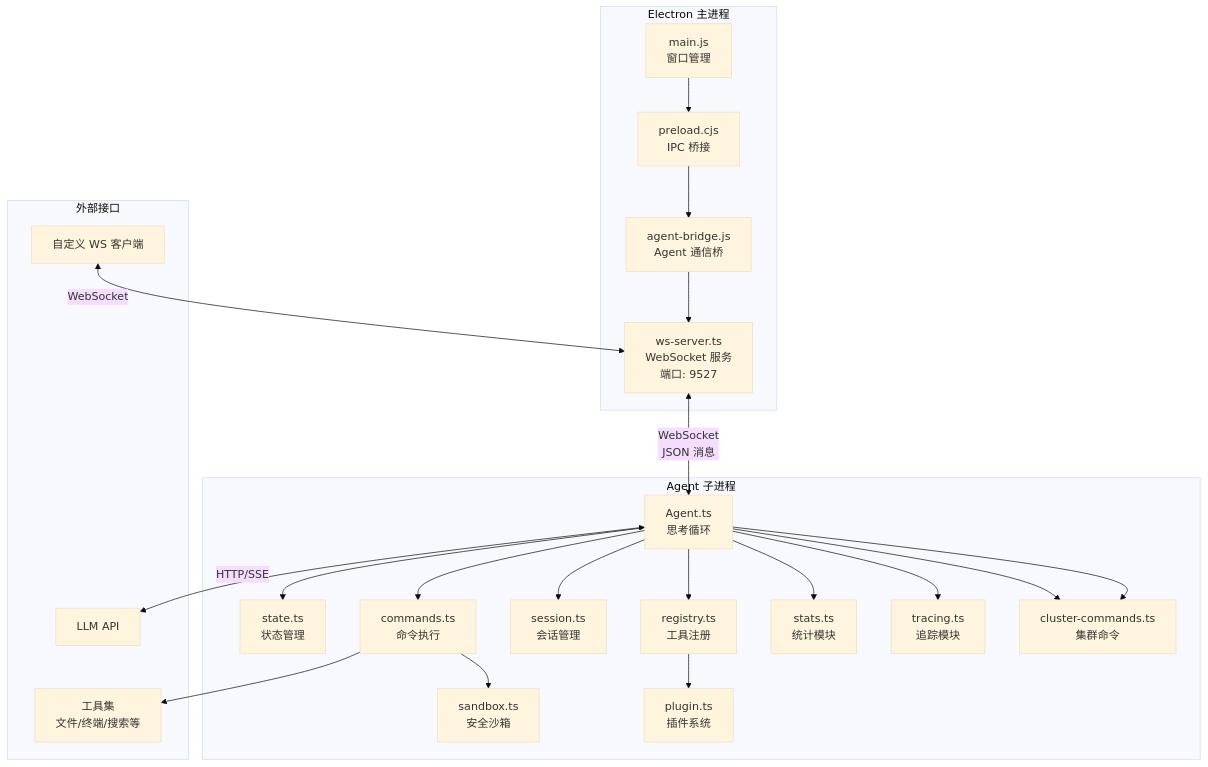
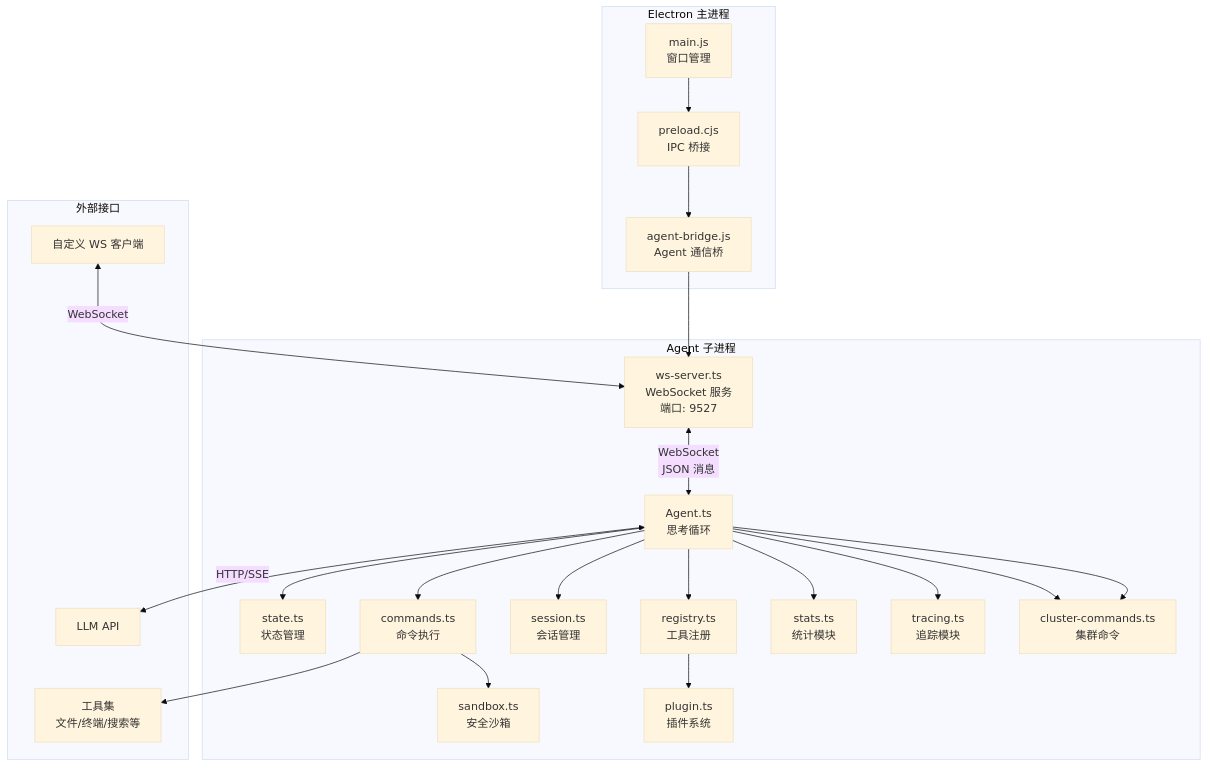
One commit to 1486853830/CogitoAgent changed the first of 7 diagrams in introduction/architecture.md. Above: the diagram before and after it, drawn with Mermaid (base theme). The commit also changed other lines of this file and 15 other files, not shown here.

````diff
--- a/introduction/architecture.md
+++ b/introduction/architecture.md
@@ -37,49 +37,49 @@
 ```mermaid
 flowchart TB
     subgraph Electron["Electron 主进程"]
         Main["main.js<br/>窗口管理"]
         Preload["preload.cjs<br/>IPC 桥接"]
         Bridge["agent-bridge.js<br/>Agent 通信桥"]
-        WSServer["ws-server.ts<br/>WebSocket 服务<br/>端口: 9527"]
     end
 
     subgraph Subprocess["Agent 子进程"]
+        WSServer["ws-server.ts<br/>WebSocket 服务<br/>端口: 9527"]
         Agent["Agent.ts<br/>思考循环"]
         State["state.ts<br/>状态管理"]
         Registry["registry.ts<br/>工具注册"]
         Session["session.ts<br/>会话管理"]
         Commands["commands.ts<br/>命令执行"]
         Sandbox["sandbox.ts<br/>安全沙箱"]
         Stats["stats.ts<br/>统计模块"]
         Tracing["tracing.ts<br/>追踪模块"]
         Cluster["cluster-commands.ts<br/>集群命令"]
         Plugin["plugin.ts<br/>插件系统"]
     end
 
     subgraph External["外部接口"]
         LLM["LLM API"]
         Tools["工具集<br/>文件/终端/搜索等"]
         WSClient["自定义 WS 客户端"]
     end
 
     Main --> Preload
     Preload --> Bridge
     Bridge --> WSServer
 
     Agent --> State
     Agent --> Registry
     Agent --> Session
     Agent --> Commands
     Agent --> Stats
     Agent --> Tracing
     Commands --> Sandbox
     Agent --> Cluster
     Registry --> Plugin
     Agent --> Cluster
 
     WSServer <-->|"WebSocket<br/>JSON 消息"| Agent
 
     Agent <-->|"HTTP/SSE"| LLM
     Commands --> Tools
     WSClient <-->|"WebSocket"| WSServer
 ```
````
